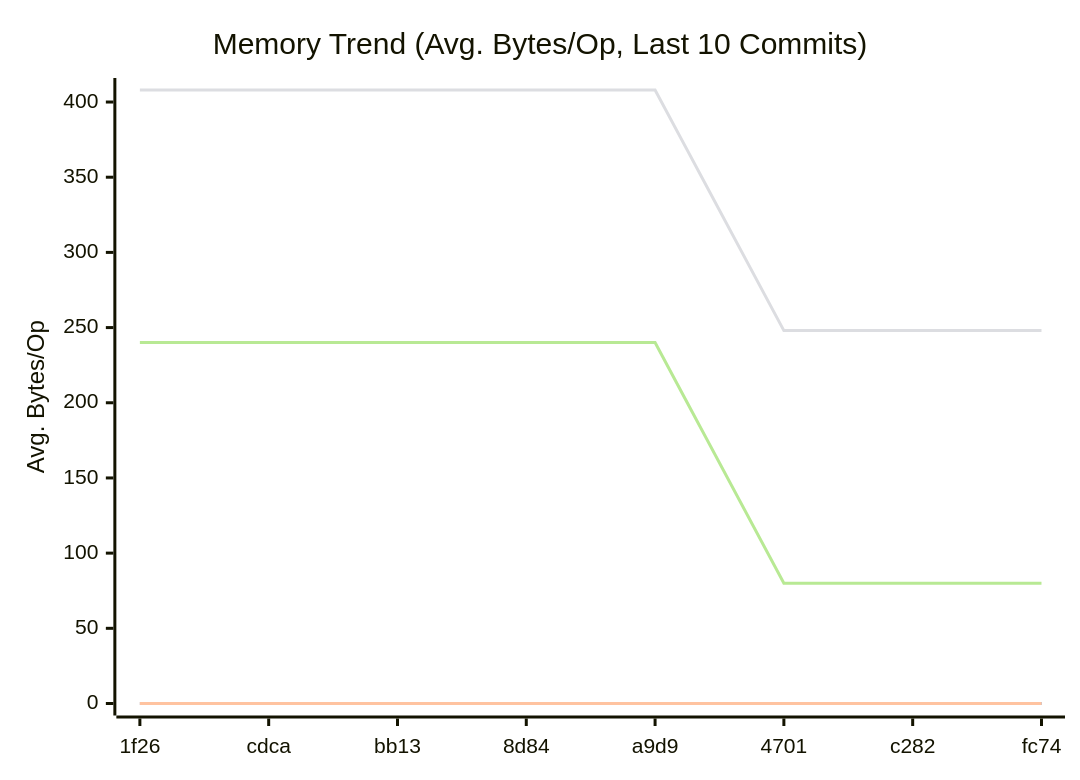
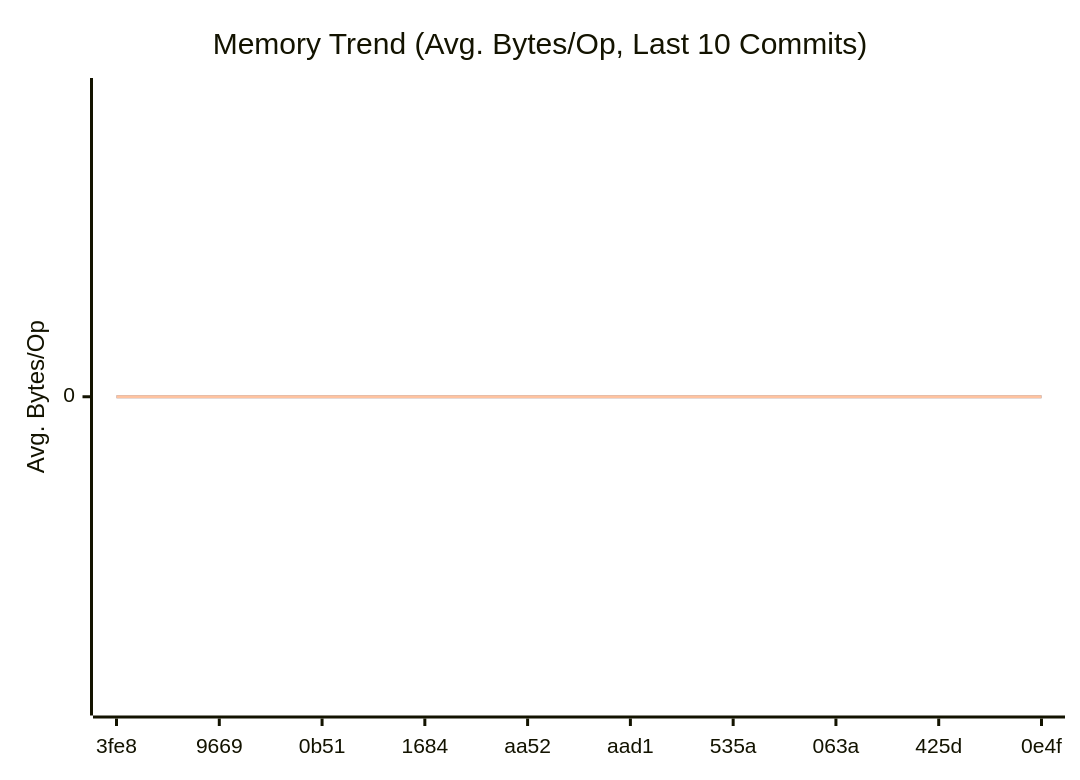
One commit to alsotoes/momo changed the second of 3 diagrams in doc/README.md. Above: the diagram before and after it, drawn with Mermaid. The commit also changed other lines of this file and 51 other files, not shown here.

````diff
--- a/doc/README.md
+++ b/doc/README.md
@@ -309,12 +301,10 @@
 ```mermaid
 xychart-beta
     title "Memory Trend (Avg. Bytes/Op, Last 10 Commits)"
     x-axis "Commit"
     y-axis "Avg. Bytes/Op"
-    x-axis [1f26,cdca,bb13,8d84,a9d9,4701,c282,fc74]
+    x-axis [3fe8,9669,0b51,1684,aa52,aad1,535a,063a,425d,0e4f]
     line "CheckMetricsAndSwap" [0,0,0,0,0,0,0,0,0,0]
     line "IndexDirectTracking" [0,0,0,0,0,0,0,0,0,0]
     line "IndexSearch" [0,0,0,0,0,0,0,0,0,0]
-    line "ParseReplicationOrder_NoPrealloc" [408,408,408,408,408,248,248,248,248]
-    line "ParseReplicationOrder_Prealloc" [240,240,240,240,240,80,80,80,80]
 ```
````
